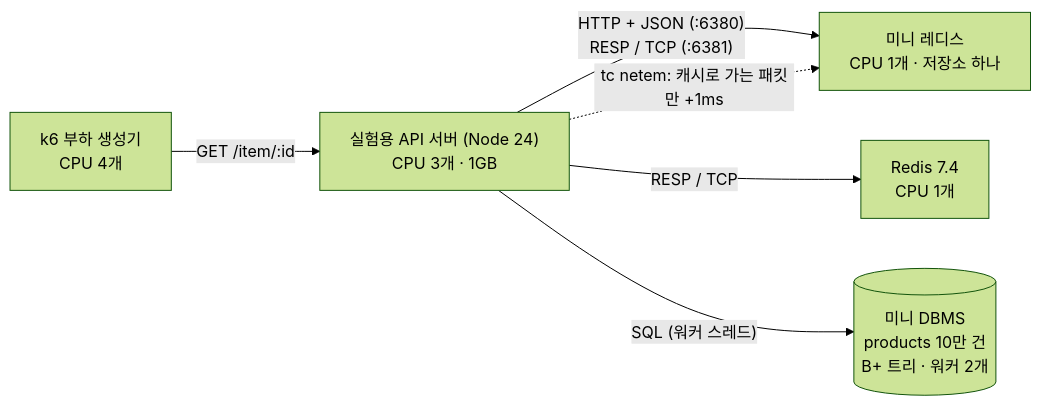
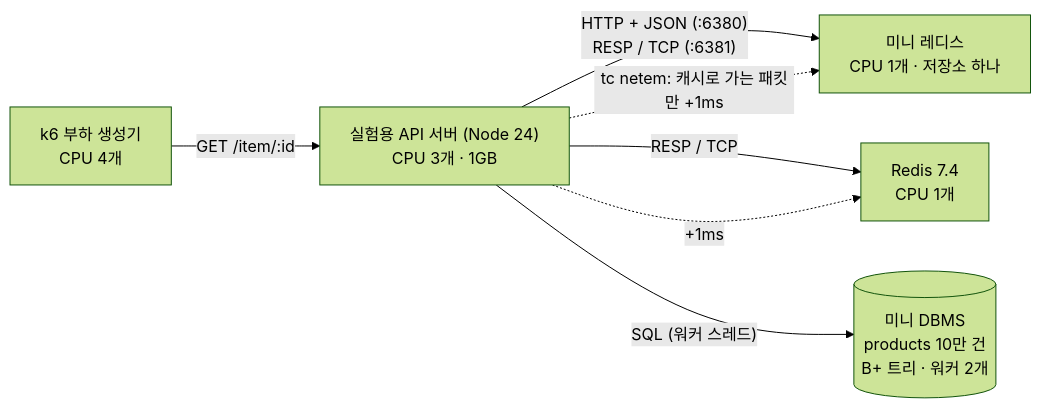
Before and after one commit to kimtaeg/ai-framework: the diagram in README.md, drawn with Mermaid (forest theme). The commit also changed other lines of this file and 1 other file, not shown here.

Commit message:
docs: README 마지막 점검 — 오차 기준 주석, Redis 7.4 표기, 지연 점선, 대본 '네 가지 중 세 가지'

````diff
--- a/README.md
+++ b/README.md
@@ -32,8 +32,9 @@
 ```mermaid
 flowchart LR
     k6["k6 부하 생성기<br/>CPU 4개"] -->|"GET /item/:id"| api["실험용 API 서버 (Node 24)<br/>CPU 3개 · 1GB"]
     api -->|"HTTP + JSON (:6380)<br/>RESP / TCP (:6381)"| mini["미니 레디스<br/>CPU 1개 · 저장소 하나"]
     api -->|"RESP / TCP"| redis["Redis 7.4<br/>CPU 1개"]
     api -->|"SQL (워커 스레드)"| db[("미니 DBMS<br/>products 10만 건<br/>B+ 트리 · 워커 2개")]
     api -. "tc netem: 캐시로 가는 패킷만 +1ms" .-> mini
+    api -. "+1ms" .-> redis
 ```
````
